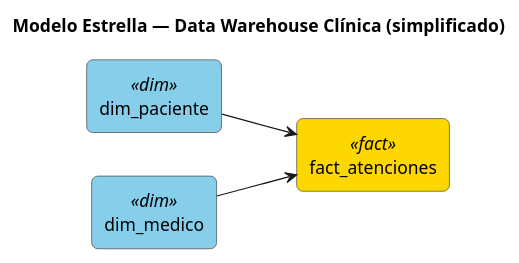
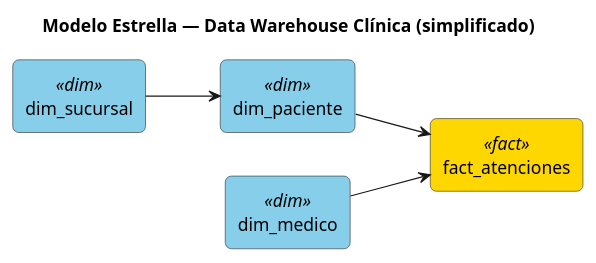
The diagram in modelo-estrella-simple.puml (tunek12421/clinica-bd), drawn with PlantUML before and after one commit. The commit also changed 3 other files, not shown here.

```diff
--- a/modelo-estrella-simple.puml
+++ b/modelo-estrella-simple.puml
@@ -1,24 +1,26 @@
 @startuml modelo-estrella-simple
 
 title Modelo Estrella — Data Warehouse Clínica (simplificado)
 
 left to right direction
 
 skinparam rectangle {
     BackgroundColor<<fact>> #FFD700
     BackgroundColor<<dim>> #87CEEB
     BorderColor #333333
     FontColor #000000
     RoundCorner 10
     FontSize 14
 }
 
+rectangle "dim_sucursal" <<dim>> as ds
 rectangle "dim_paciente" <<dim>> as dp
 rectangle "dim_medico" <<dim>> as dm
 
 rectangle "fact_atenciones" <<fact>> as fa
 
+ds --> dp
 dp --> fa
 dm --> fa
 
 @enduml
```
